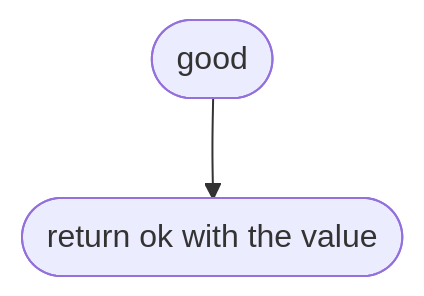
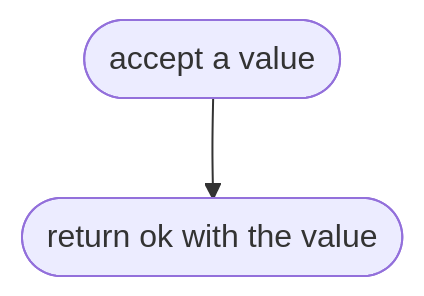
One commit to NewDara-Star/world-engine changed the second of 37 diagrams in docs/designs/src/place/parse.md. Above: the diagram before and after it, drawn with Mermaid. The commit also changed other lines of this file and 9 other files, not shown here.

````diff
--- a/docs/designs/src/place/parse.md
+++ b/docs/designs/src/place/parse.md
@@ -31,6 +40,6 @@
 ```mermaid
 flowchart TD
-  s(["good"])
+  s(["accept a value"])
   a(["return ok with the value"])
   s --> a
 ```
````
